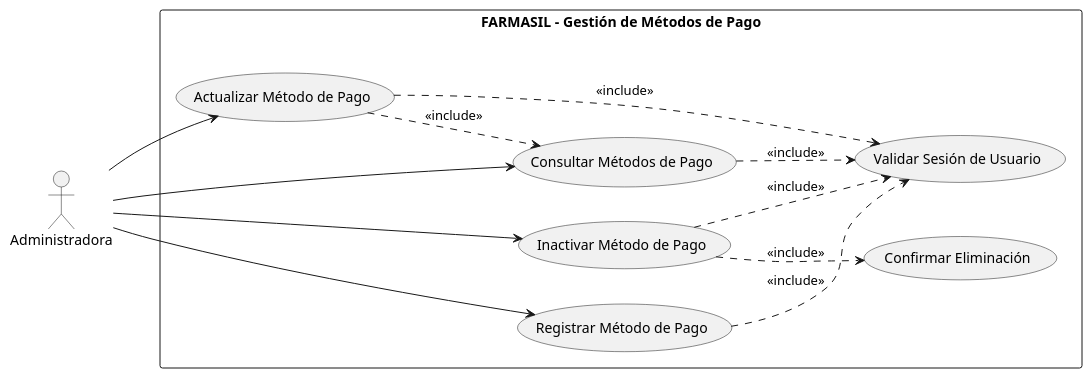
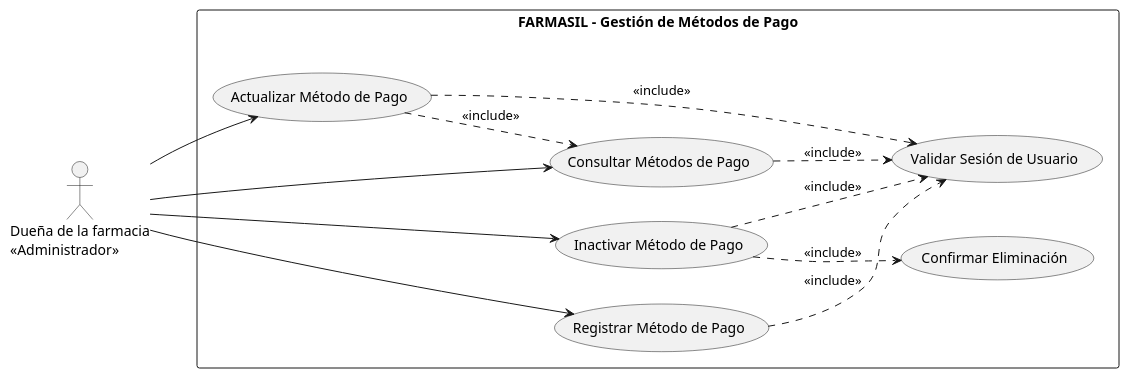
Before and after one commit to Luis-Ayben-Chahua-Charca/Farmasil_App: the diagram in docs/diagramas/plaintext-CasosUso/CU-05_Metodos_Pago.puml, drawn with PlantUML. The commit also changed 37 other files, not shown here.

First line of the commit message:
docs(comportamiento): elaborar los diagramas de comportamiento y alinear la coherencia del catálogo (#58)

```diff
--- a/docs/diagramas/plaintext-CasosUso/CU-05_Metodos_Pago.puml
+++ b/docs/diagramas/plaintext-CasosUso/CU-05_Metodos_Pago.puml
@@ -1,30 +1,30 @@
 @startuml
 left to right direction
 skinparam packageStyle rectangle
 
-actor "Administradora" as admin
+actor "Dueña de la farmacia\n<<Administrador>>" as admin
 
 rectangle "FARMASIL - Gestión de Métodos de Pago" {
     usecase "Actualizar Método de Pago" as UC_Actualizar
     usecase "Consultar Métodos de Pago" as UC_Consultar
     usecase "Inactivar Método de Pago" as UC_Inactivar
     usecase "Registrar Método de Pago" as UC_Registrar
     
     usecase "Validar Sesión de Usuario" as UC_ValidarSesion
     usecase "Confirmar Eliminación" as UC_ConfirmarEliminacion
 }
 
 ' Asociaciones del Actor
 admin --> UC_Actualizar
 admin --> UC_Consultar
 admin --> UC_Inactivar
 admin --> UC_Registrar
 
 ' Relaciones <<include>>
 UC_Actualizar ..> UC_Consultar : <<include>>
 UC_Actualizar ..> UC_ValidarSesion : <<include>>
 UC_Consultar ..> UC_ValidarSesion : <<include>>
 UC_Inactivar ..> UC_ValidarSesion : <<include>>
 UC_Inactivar ..> UC_ConfirmarEliminacion : <<include>>
 UC_Registrar ..> UC_ValidarSesion : <<include>>
 @enduml
```
